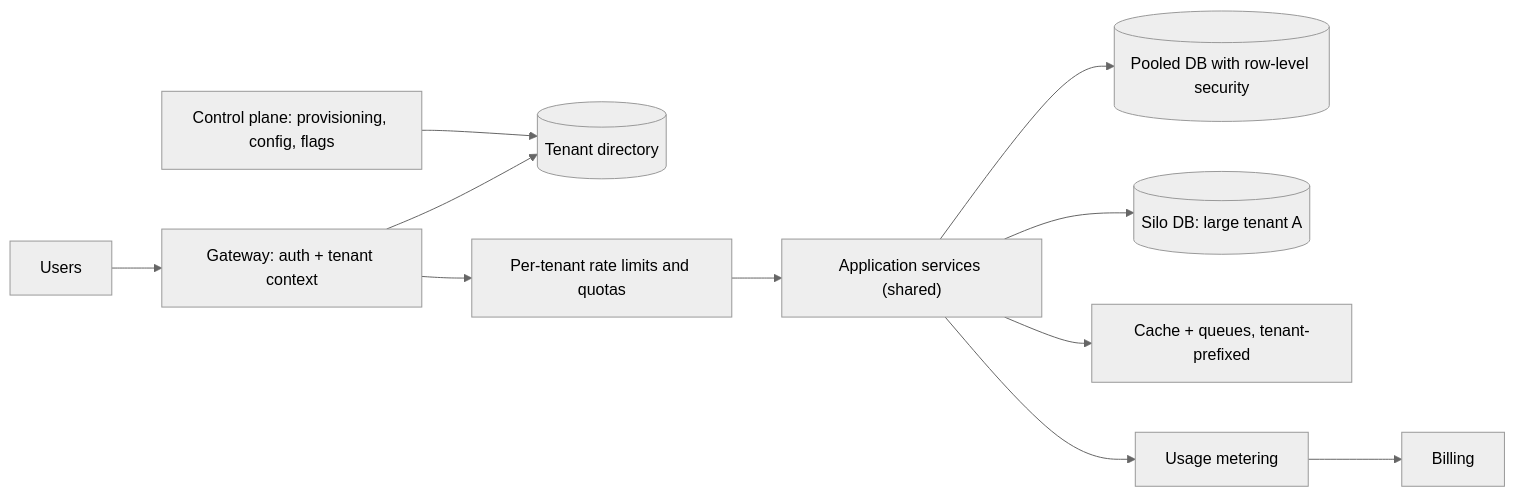
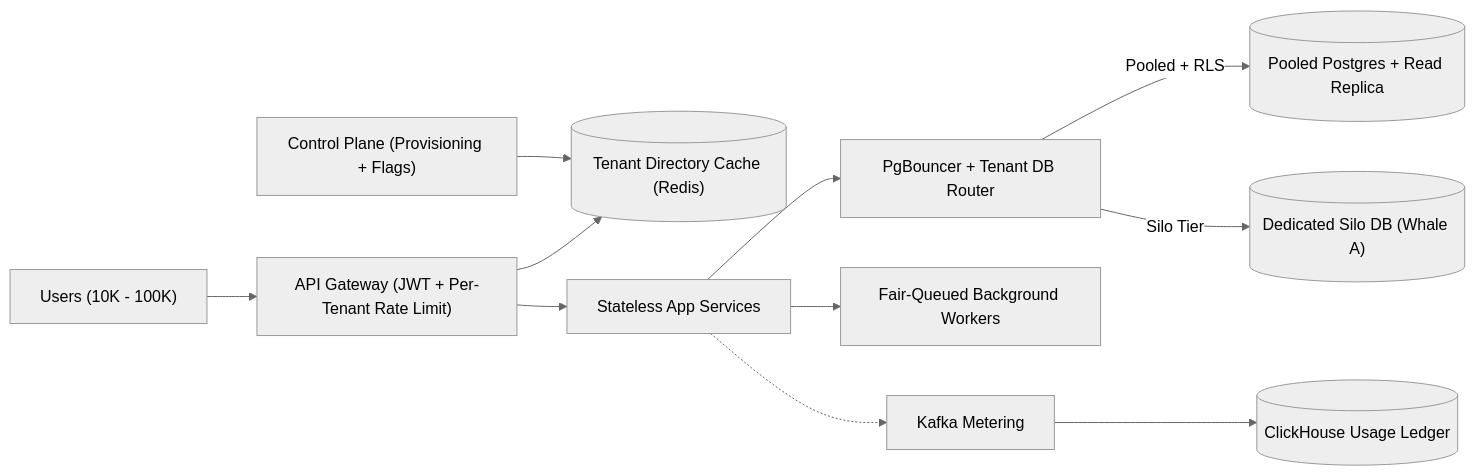
One commit to TapanKumarBarik/Backend-roadmap changed the second of 5 diagrams in content/system-design/22-interview-design-problems/37-design-a-multi-tenant-saas-platform/README.md. Above: the diagram before and after it, drawn with Mermaid (neutral theme). The commit also changed other lines of this file and 37 other files, not shown here.

Commit message:
Upgrade Track 22 (37 interview design problems) with scale-by-scale architecture evolution

````diff
--- a/content/system-design/22-interview-design-problems/37-design-a-multi-tenant-saas-platform/README.md
+++ b/content/system-design/22-interview-design-problems/37-design-a-multi-tenant-saas-platform/README.md
@@ -108,12 +146,14 @@
 ```mermaid
 flowchart LR
-  U["Users"] --> GW["Gateway: auth + tenant context"]
-  GW --> TD[("Tenant directory")]
-  GW --> RL["Per-tenant rate limits and quotas"]
-  RL --> APP["Application services (shared)"]
-  APP --> P[("Pooled DB with row-level security")]
-  APP --> S1[("Silo DB: large tenant A")]
-  APP --> C["Cache + queues, tenant-prefixed"]
-  APP --> M["Usage metering"] --> B["Billing"]
-  CP["Control plane: provisioning, config, flags"] --> TD
+  U["Users (10K - 100K)"] --> GW["API Gateway (JWT + Per-Tenant Rate Limit)"]
+  GW --> TD[("Tenant Directory Cache (Redis)")]
+  GW --> APP["Stateless App Services"]
+
+  APP --> PGB["PgBouncer + Tenant DB Router"]
+  PGB -- "Pooled + RLS" --> PDB[("Pooled Postgres + Read Replica")]
+  PGB -- "Silo Tier" --> SDB[("Dedicated Silo DB (Whale A)")]
+
+  APP --> WFQ["Fair-Queued Background Workers"]
+  APP -.-> K["Kafka Metering"] --> CH[("ClickHouse Usage Ledger")]
+  CP["Control Plane (Provisioning + Flags)"] --> TD
 ```
````
